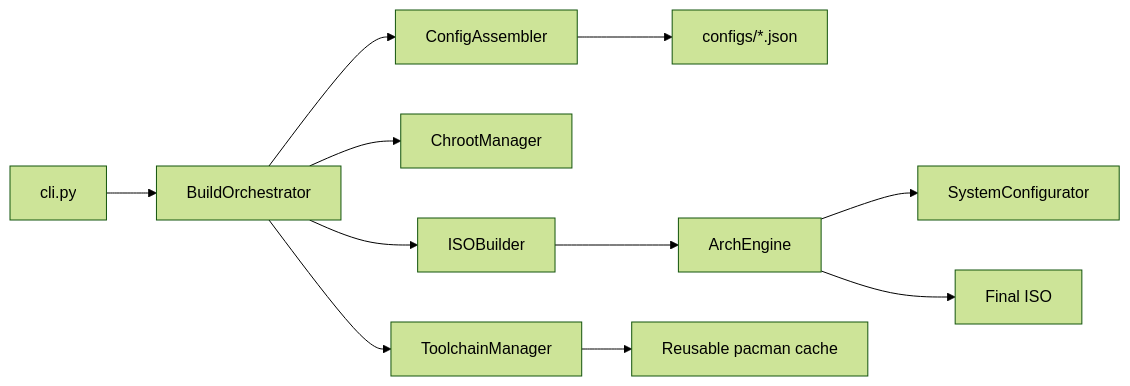
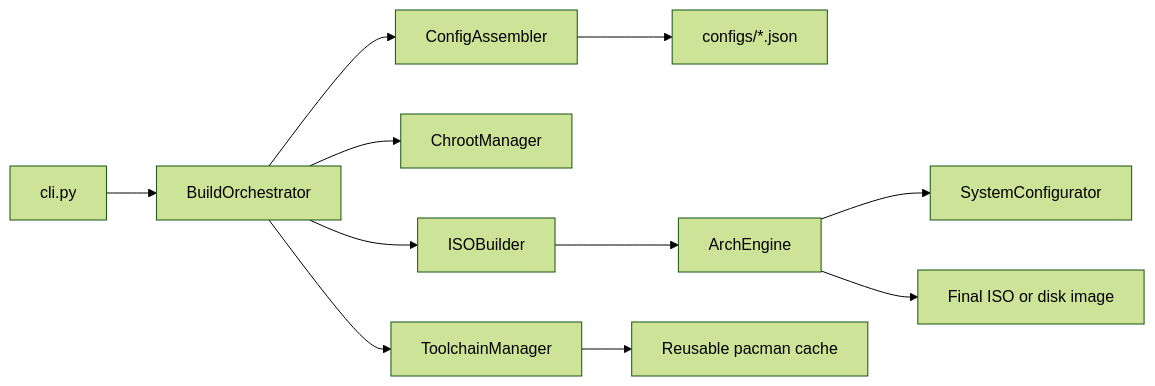
One commit to acoroslinux/arch-builder changed the first of 2 diagrams in docs/overview.md. Above: the diagram before and after it, drawn with Mermaid (forest theme). The commit also changed other lines of this file and 124 other files, not shown here.

```diff
--- a/docs/overview.md
+++ b/docs/overview.md
@@ -15,13 +15,13 @@
 <pre class="mermaid">
 flowchart LR
 	CLI[cli.py] --> ORCH[BuildOrchestrator]
 	ORCH --> ASSEMBLER[ConfigAssembler]
 	ORCH --> CHROOT[ChrootManager]
 	ORCH --> TOOLCHAIN[ToolchainManager]
 	ORCH --> BUILDER[ISOBuilder]
 	ASSEMBLER --> CONFIGS[configs/*.json]
 	BUILDER --> ENGINE[ArchEngine]
 	ENGINE --> CUSTOMIZER[SystemConfigurator]
-	ENGINE --> ISO[Final ISO]
+	ENGINE --> ISO[Final ISO or disk image]
 	TOOLCHAIN --> CACHE[Reusable pacman cache]
 </pre>
```
